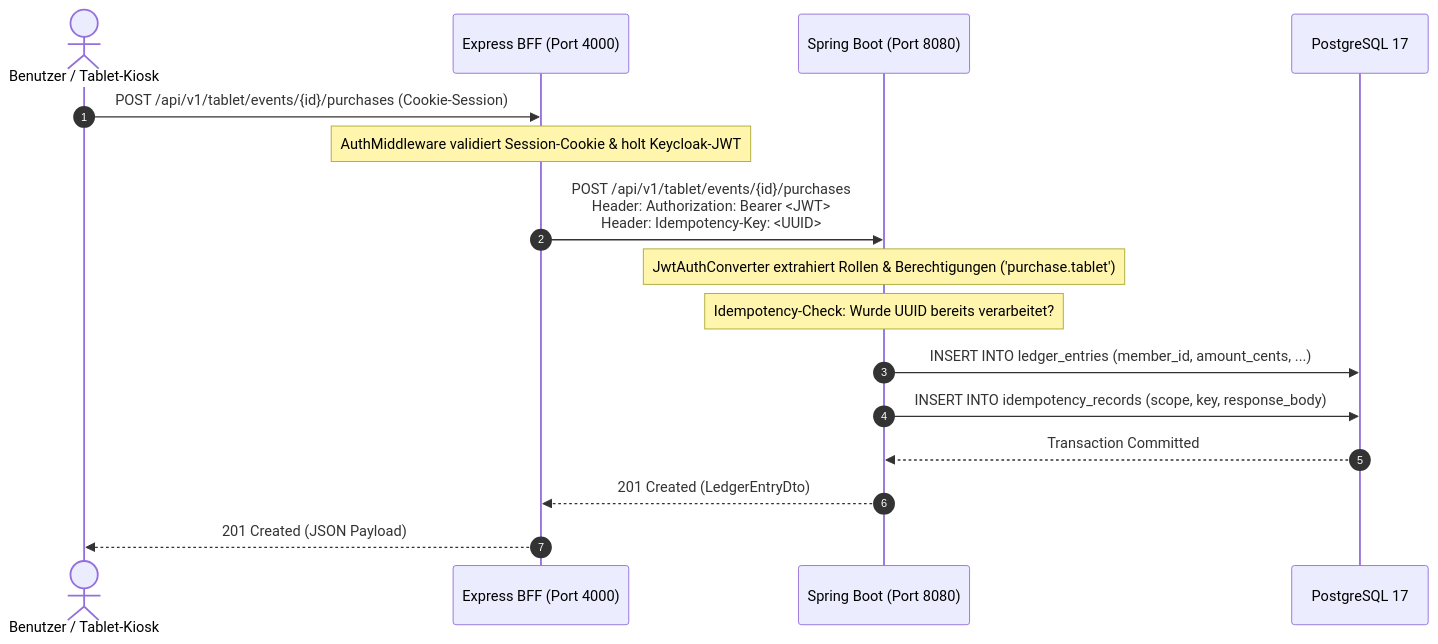
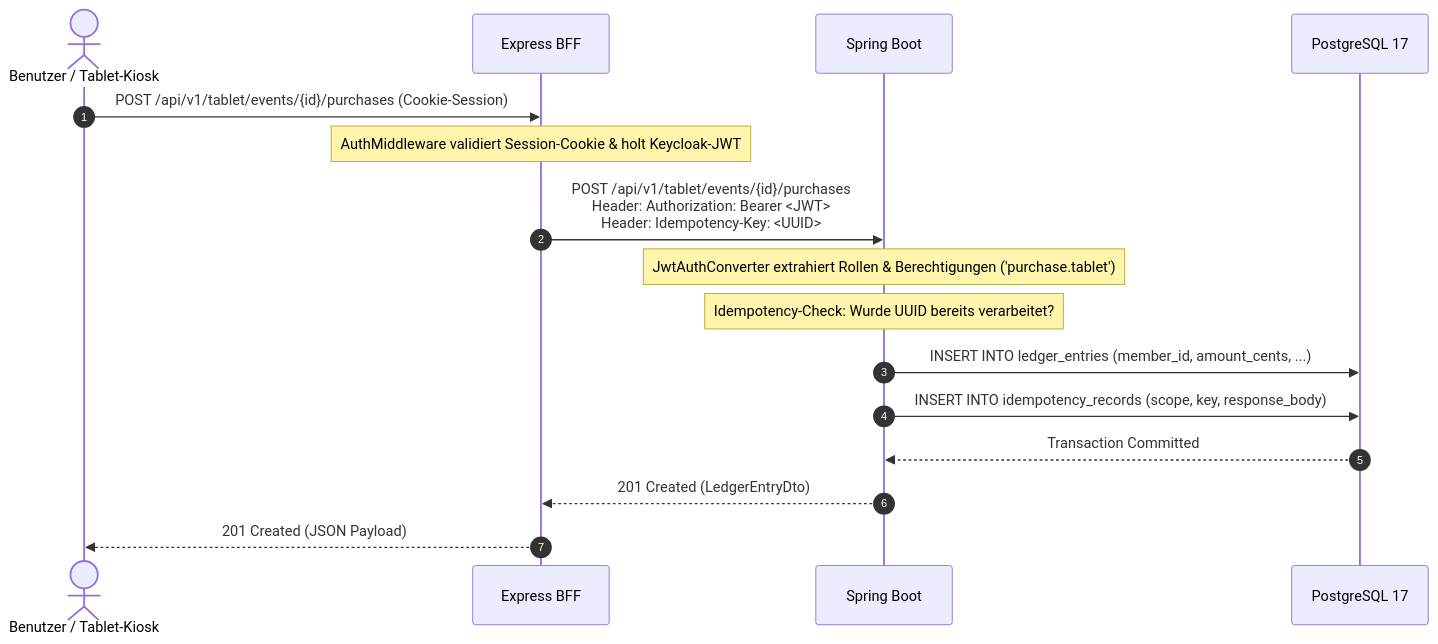
The second of 2 diagrams in docs/architecture/system-overview.md (damaurer/vereint), drawn with Mermaid before and after one commit. The commit also changed other lines of this file and 32 other files, not shown here.

````diff
--- a/docs/architecture/system-overview.md
+++ b/docs/architecture/system-overview.md
@@ -97,19 +98,19 @@
 ```mermaid
 sequenceDiagram
     autonumber
     actor User as Benutzer / Tablet-Kiosk
-    participant BFF as Express BFF (Port 4000)
-    participant Spring as Spring Boot (Port 8080)
+    participant BFF as Express BFF
+    participant Spring as Spring Boot
     participant DB as PostgreSQL 17
 
     User->>BFF: POST /api/v1/tablet/events/{id}/purchases (Cookie-Session)
     Note over BFF: AuthMiddleware validiert Session-Cookie & holt Keycloak-JWT
     BFF->>Spring: POST /api/v1/tablet/events/{id}/purchases<br/>Header: Authorization: Bearer <JWT><br/>Header: Idempotency-Key: <UUID>
     Note over Spring: JwtAuthConverter extrahiert Rollen & Berechtigungen ('purchase.tablet')
     Note over Spring: Idempotency-Check: Wurde UUID bereits verarbeitet?
     Spring->>DB: INSERT INTO ledger_entries (member_id, amount_cents, ...)
     Spring->>DB: INSERT INTO idempotency_records (scope, key, response_body)
     DB-->>Spring: Transaction Committed
     Spring-->>BFF: 201 Created (LedgerEntryDto)
     BFF-->>User: 201 Created (JSON Payload)
 ```
````
